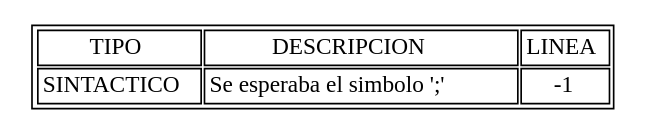
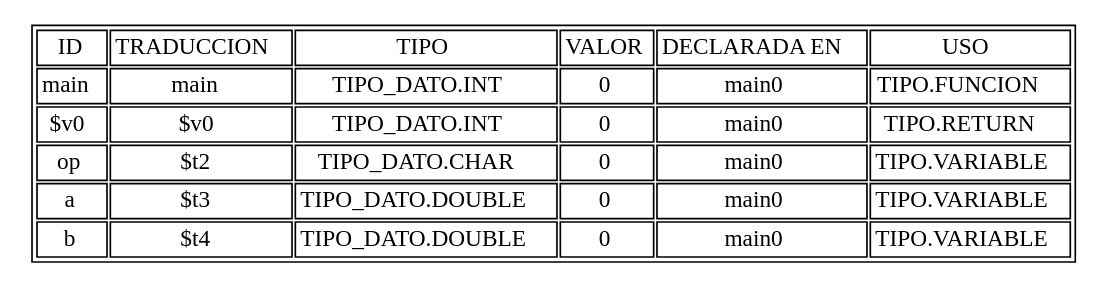
One commit to LudwinGit/MinorC changed the diagram in btree.gv. Above: the diagram before and after it, drawn with Graphviz. The commit also changed 8 other files, not shown here.

```diff
--- a/btree.gv
+++ b/btree.gv
@@ -1,9 +1,12 @@
 digraph g {
 	node [height=.1 shape=plaintext]
 	table [label=<<TABLE>
                                 <TR>
+                                    <TD>ID</TD>
+                                    <TD>TRADUCCION</TD>
                                     <TD>TIPO</TD>
-                                    <TD>DESCRIPCION</TD>
-                                    <TD>LINEA</TD>
-                                </TR><TR><TD>SINTACTICO</TD><TD>Se esperaba el simbolo ';'</TD><TD>-1</TD></TR></TABLE>>]
+                                    <TD>VALOR</TD>
+                                    <TD>DECLARADA EN</TD>
+                                    <TD>USO</TD>
+                                </TR><TR><TD>main</TD><TD>main</TD><TD>TIPO_DATO.INT</TD><TD>0</TD><TD>main0</TD><TD>TIPO.FUNCION</TD></TR><TR><TD>$v0</TD><TD>$v0</TD><TD>TIPO_DATO.INT</TD><TD>0</TD><TD>main0</TD><TD>TIPO.RETURN</TD></TR><TR><TD>op</TD><TD>$t2</TD><TD>TIPO_DATO.CHAR</TD><TD>0</TD><TD>main0</TD><TD>TIPO.VARIABLE</TD></TR><TR><TD>a</TD><TD>$t3</TD><TD>TIPO_DATO.DOUBLE</TD><TD>0</TD><TD>main0</TD><TD>TIPO.VARIABLE</TD></TR><TR><TD>b</TD><TD>$t4</TD><TD>TIPO_DATO.DOUBLE</TD><TD>0</TD><TD>main0</TD><TD>TIPO.VARIABLE</TD></TR></TABLE>>]
 }
```
